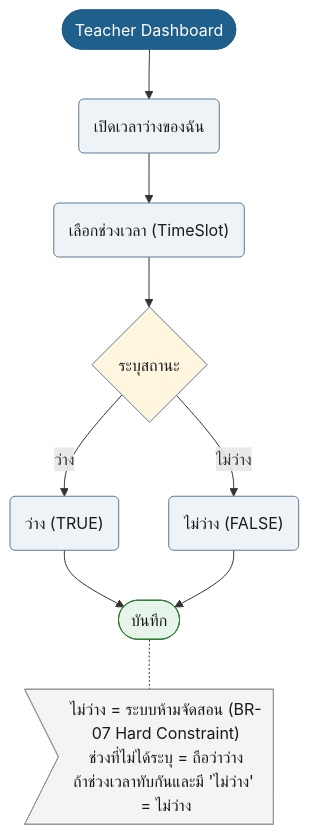
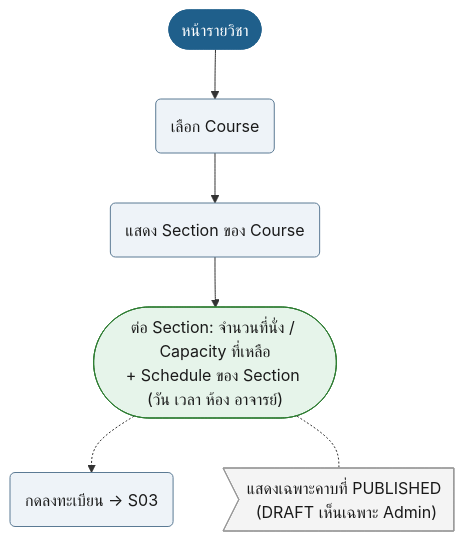
One commit to synthesixer/AcadOS changed the eighth of 49 diagrams in doc/userflow.md. Above: the diagram before and after it, drawn with Mermaid. The commit also changed other lines of this file and 1 other file, not shown here.

````diff
--- a/doc/userflow.md
+++ b/doc/userflow.md
@@ -288,25 +304,20 @@
 ```mermaid
 flowchart TD
-    n1(["Teacher Dashboard"]):::start
-    n2("เปิดเวลาว่างของฉัน"):::act
-    n3("เลือกช่วงเวลา (TimeSlot)"):::act
+    n1(["หน้ารายวิชา"]):::start
+    n2("เลือก Course"):::act
+    n3("แสดง Section ของ Course"):::act
+    n4(["ต่อ Section: จำนวนที่นั่ง / Capacity ที่เหลือ<br/>+ Schedule ของ Section (วัน เวลา ห้อง อาจารย์)"]):::ok
     n1 --> n2
     n2 --> n3
-    n4{"ระบุสถานะ"}:::dec
     n3 --> n4
-    n5("ว่าง (TRUE)"):::act
-    n6("ไม่ว่าง (FALSE)"):::act
-    n4 -->|ว่าง| n5
-    n4 -->|ไม่ว่าง| n6
-    n7(["บันทึก"]):::ok
-    n5 --> n7
-    n6 --> n7
-    n8>"ไม่ว่าง = ระบบห้ามจัดสอน (BR-07 Hard Constraint)<br/>ช่วงที่ไม่ได้ระบุ = ถือว่าว่าง<br/>ถ้าช่วงเวลาทับกันและมี 'ไม่ว่าง' = ไม่ว่าง"]:::note
-    n7 -.- n8
+    n5("กดลงทะเบียน → S03"):::act
+    n4 -.-> n5
+    n6>"แสดงเฉพาะคาบที่ PUBLISHED (DRAFT เห็นเฉพาะ Admin)"]:::note
+    n4 -.- n6
     classDef start fill:#1F5F8B,stroke:#1F5F8B,color:#fff
     classDef act fill:#EEF3F8,stroke:#5B7A94,color:#1a1a1a
     classDef dec fill:#FFF6E0,stroke:#5B7A94,color:#1a1a1a
     classDef bad fill:#FCE8E6,stroke:#C0392B,color:#1a1a1a
     classDef ok fill:#E6F4EA,stroke:#2E7D32,color:#1a1a1a
     classDef note fill:#F4F4F4,stroke:#999,color:#1a1a1a
 ```
````
